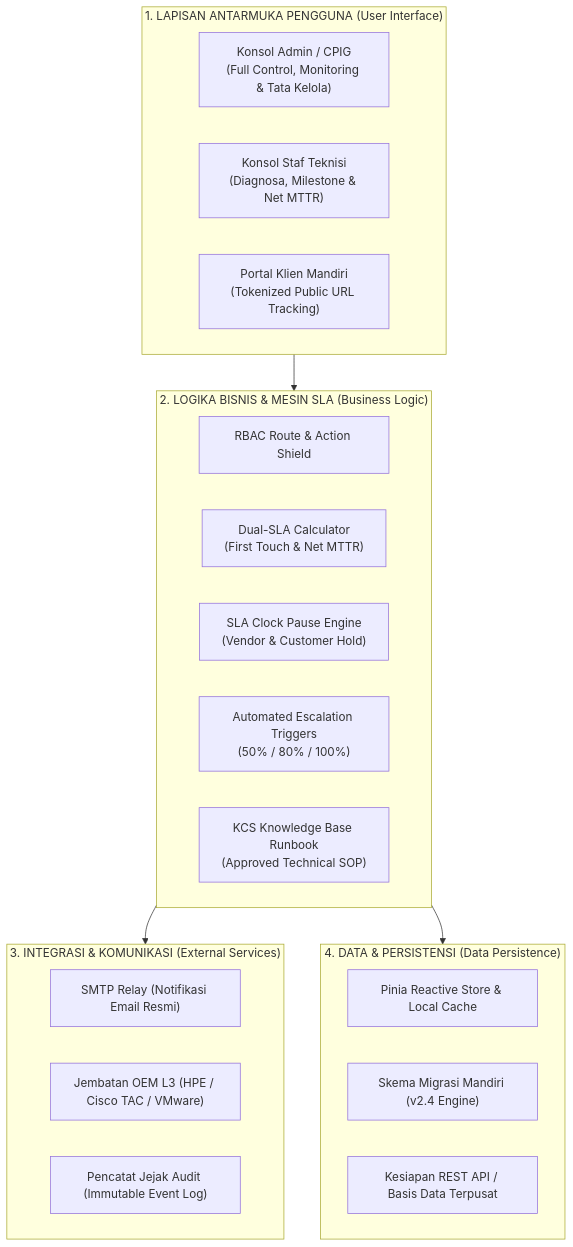
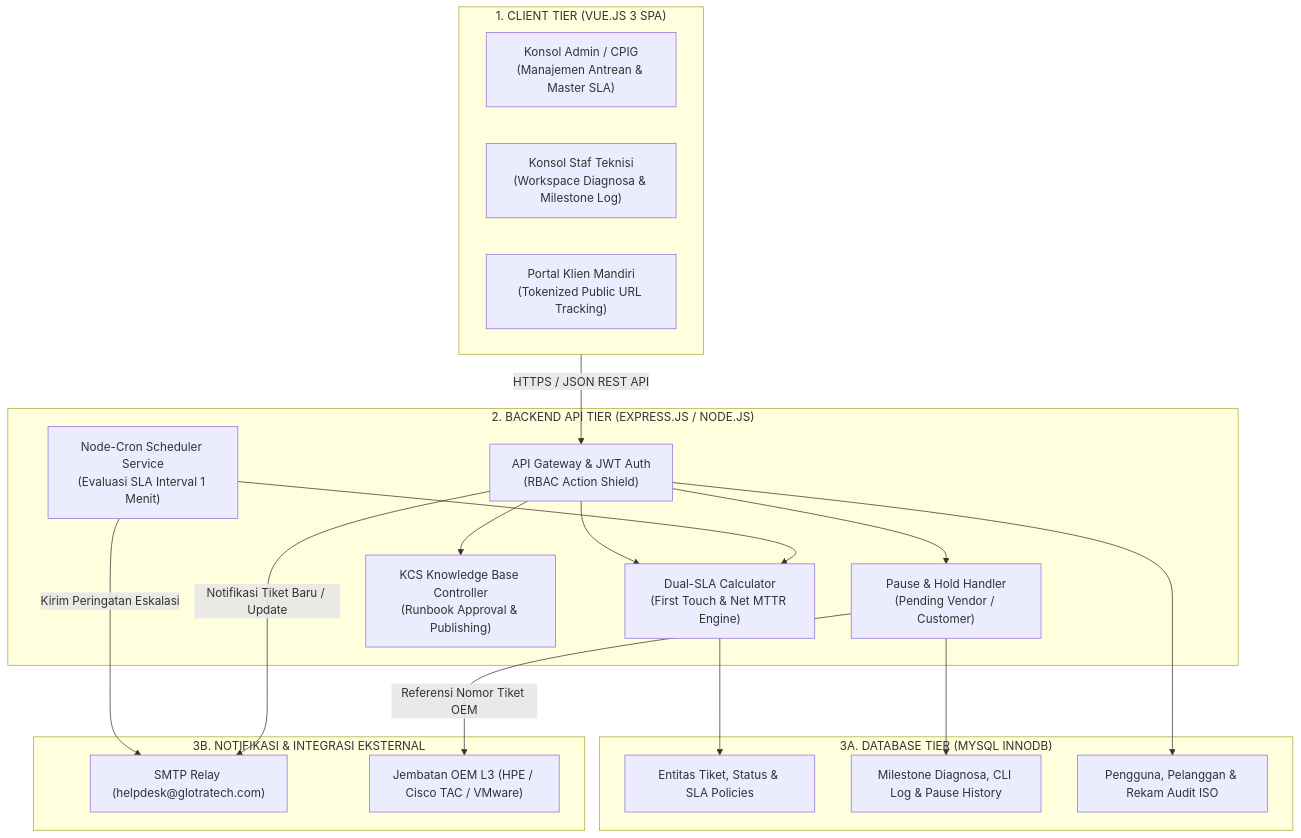
The first of 2 diagrams in docs/arsitektur-dan-logical-flow.md (Wizfie/Helpdesk-Ticketing), drawn with Mermaid before and after one commit. The commit also changed other lines of this file and 3 other files, not shown here.

Commit message:
docs: update system architecture to full-stack production stack (Vue, Express, MySQL, SMTP Relay, without Redis or signature sheet)

````diff
--- a/docs/arsitektur-dan-logical-flow.md
+++ b/docs/arsitektur-dan-logical-flow.md
@@ -36,32 +40,41 @@
 ```mermaid
 graph TB
-    subgraph L1 ["1. LAPISAN ANTARMUKA PENGGUNA (User Interface)"]
-        UI_Admin["Konsol Admin / CPIG<br/>(Full Control, Monitoring & Tata Kelola)"]
-        UI_Tech["Konsol Staf Teknisi<br/>(Diagnosa, Milestone & Net MTTR)"]
+    subgraph L1 ["1. CLIENT TIER (VUE.JS 3 SPA)"]
+        UI_Admin["Konsol Admin / CPIG<br/>(Manajemen Antrean & Master SLA)"]
+        UI_Tech["Konsol Staf Teknisi<br/>(Workspace Diagnosa & Milestone Log)"]
         UI_Client["Portal Klien Mandiri<br/>(Tokenized Public URL Tracking)"]
     end
 
-    subgraph L2 ["2. LOGIKA BISNIS & MESIN SLA (Business Logic)"]
-        RBAC["RBAC Route & Action Shield"]
-        SLA_Calc["Dual-SLA Calculator<br/>(First Touch & Net MTTR)"]
-        SLA_Pause["SLA Clock Pause Engine<br/>(Vendor & Customer Hold)"]
-        Escalation["Automated Escalation Triggers<br/>(50% / 80% / 100%)"]
-        KCS["KCS Knowledge Base Runbook<br/>(Approved Technical SOP)"]
+    subgraph L2 ["2. BACKEND API TIER (EXPRESS.JS / NODE.JS)"]
+        Gateway["API Gateway & JWT Auth<br/>(RBAC Action Shield)"]
+        SLA_Engine["Dual-SLA Calculator<br/>(First Touch & Net MTTR Engine)"]
+        Pause_Engine["Pause & Hold Handler<br/>(Pending Vendor / Customer)"]
+        Scheduler["Node-Cron Scheduler Service<br/>(Evaluasi SLA Interval 1 Menit)"]
+        KCS_Engine["KCS Knowledge Base Controller<br/>(Runbook Approval & Publishing)"]
     end
 
-    subgraph L3 ["3. INTEGRASI & KOMUNIKASI (External Services)"]
-        SMTP["SMTP Relay (Notifikasi Email Resmi)"]
-        OEM["Jembatan OEM L3 (HPE / Cisco TAC / VMware)"]
-        Audit["Pencatat Jejak Audit (Immutable Event Log)"]
+    subgraph L3A ["3A. DATABASE TIER (MYSQL INNODB)"]
+        DB_Tickets["Entitas Tiket, Status & SLA Policies"]
+        DB_Logs["Milestone Diagnosa, CLI Log & Pause History"]
+        DB_Users["Pengguna, Pelanggan & Rekam Audit ISO"]
     end
 
-    subgraph L4 ["4. DATA & PERSISTENSI (Data Persistence)"]
-        Store["Pinia Reactive Store & Local Cache"]
-        Migration["Skema Migrasi Mandiri (v2.4 Engine)"]
-        APILayer["Kesiapan REST API / Basis Data Terpusat"]
+    subgraph L3B ["3B. NOTIFIKASI & INTEGRASI EKSTERNAL"]
+        SMTP["SMTP Relay (helpdesk@glotratech.com)"]
+        OEM["Jembatan OEM L3 (HPE / Cisco TAC / VMware)"]
     end
 
-    L1 --> L2
-    L2 --> L3
-    L2 --> L4
+    L1 -- "HTTPS / JSON REST API" --> Gateway
+    Gateway --> SLA_Engine
+    Gateway --> Pause_Engine
+    Gateway --> KCS_Engine
+    Scheduler --> SLA_Engine
+    
+    SLA_Engine --> DB_Tickets
+    Pause_Engine --> DB_Logs
+    Gateway --> DB_Users
+    
+    Scheduler -- "Kirim Peringatan Eskalasi" --> SMTP
+    Gateway -- "Notifikasi Tiket Baru / Update" --> SMTP
+    Pause_Engine -- "Referensi Nomor Tiket OEM" --> OEM
 ```
````
